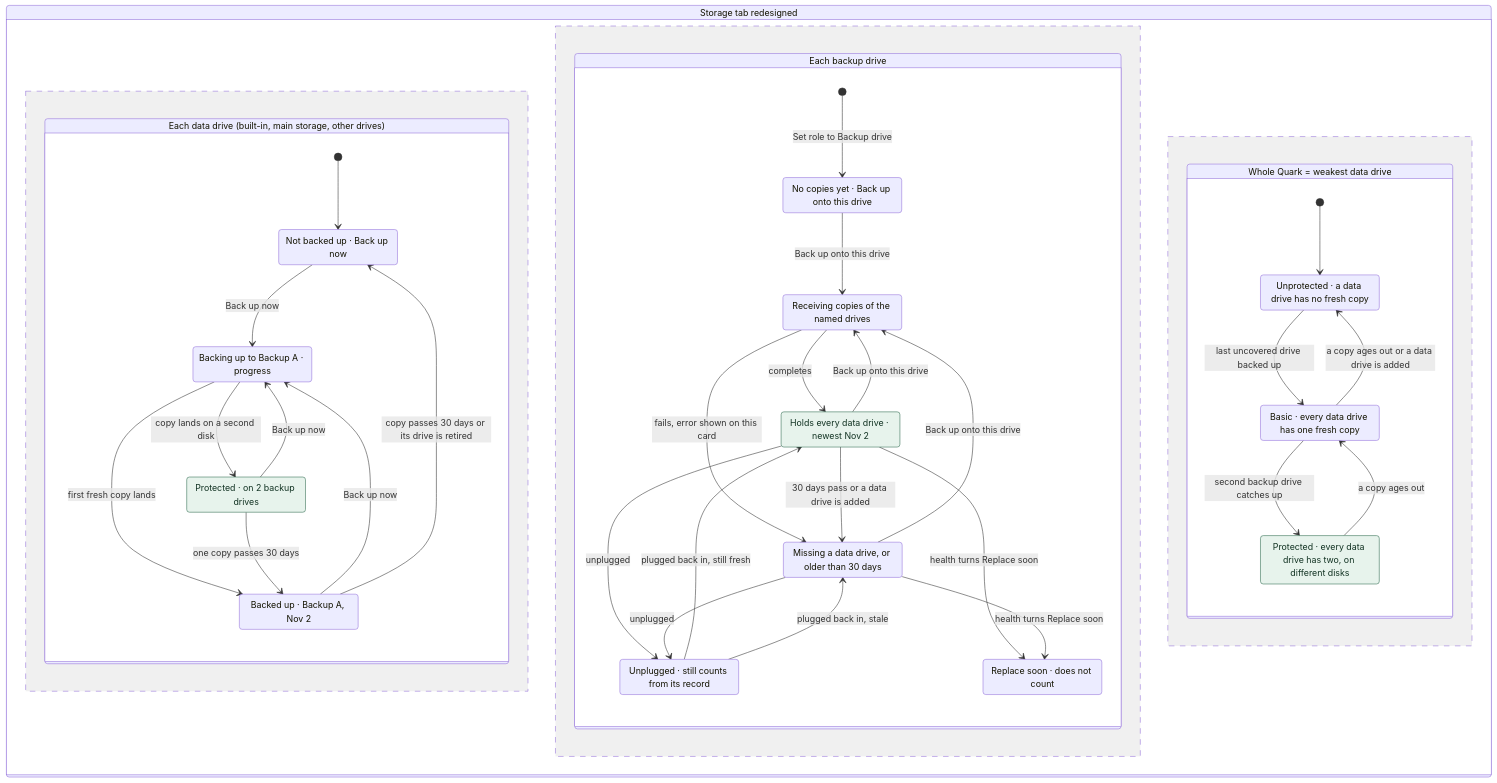
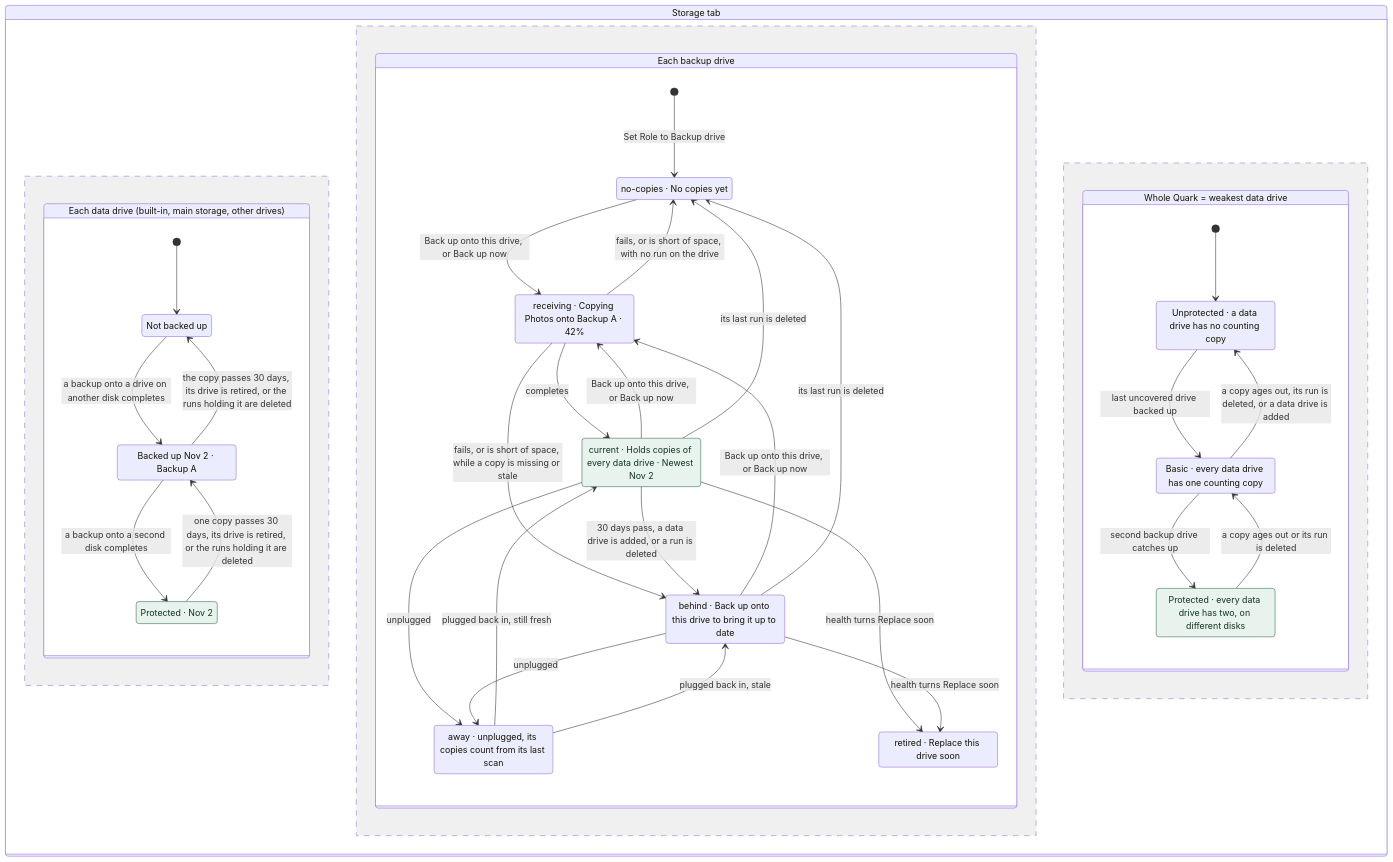
The third of 3 diagrams in docs/architecture/backup.md (autobutler-org/quark), drawn with Mermaid before and after one commit. The commit also changed other lines of this file and 14 other files, not shown here.

````diff
--- a/docs/architecture/backup.md
+++ b/docs/architecture/backup.md
@@ -360,54 +444,53 @@
 ```mermaid
 stateDiagram-v2
-  state "Storage tab redesigned" as Next {
+  state "Storage tab" as Tab {
     state "Each data drive (built-in, main storage, other drives)" as DataDrive {
       [*] --> NotBackedUp
-      NotBackedUp : Not backed up · Back up now
-      OneCopy : Backed up · Backup A, Nov 2
-      TwoCopies : Protected · on 2 backup drives
-      BackingUp : Backing up to Backup A · progress
-      NotBackedUp --> BackingUp : Back up now
-      OneCopy --> BackingUp : Back up now
-      TwoCopies --> BackingUp : Back up now
-      BackingUp --> OneCopy : first fresh copy lands
-      BackingUp --> TwoCopies : copy lands on a second disk
-      OneCopy --> NotBackedUp : copy passes 30 days or its drive is retired
-      TwoCopies --> OneCopy : one copy passes 30 days
+      NotBackedUp : Not backed up
+      OneCopy : Backed up Nov 2 · Backup A
+      TwoCopies : Protected · Nov 2
+      NotBackedUp --> OneCopy : a backup onto a drive on another disk completes
+      OneCopy --> TwoCopies : a backup onto a second disk completes
+      OneCopy --> NotBackedUp : the copy passes 30 days, its drive is retired, or the runs holding it are deleted
+      TwoCopies --> OneCopy : one copy passes 30 days, its drive is retired, or the runs holding it are deleted
     }
     --
     state "Each backup drive" as BackupDrive {
-      [*] --> Empty : Set role to Backup drive
-      Empty : No copies yet · Back up onto this drive
-      Writing : Receiving copies of the named drives
-      Current : Holds every data drive · newest Nov 2
-      Behind : Missing a data drive, or older than 30 days
-      Away : Unplugged · still counts from its record
-      Retired : Replace soon · does not count
-      Empty --> Writing : Back up onto this drive
-      Behind --> Writing : Back up onto this drive
-      Current --> Writing : Back up onto this drive
-      Writing --> Current : completes
-      Writing --> Behind : fails, error shown on this card
-      Current --> Behind : 30 days pass or a data drive is added
+      [*] --> NoCopies : Set Role to Backup drive
+      NoCopies : no-copies · No copies yet
+      Receiving : receiving · Copying Photos onto Backup A · 42%
+      Current : current · Holds copies of every data drive · Newest Nov 2
+      Behind : behind · Back up onto this drive to bring it up to date
+      Away : away · unplugged, its copies count from its last scan
+      Retired : retired · Replace this drive soon
+      NoCopies --> Receiving : Back up onto this drive, or Back up now
+      Behind --> Receiving : Back up onto this drive, or Back up now
+      Current --> Receiving : Back up onto this drive, or Back up now
+      Receiving --> Current : completes
+      Receiving --> NoCopies : fails, or is short of space, with no run on the drive
+      Receiving --> Behind : fails, or is short of space, while a copy is missing or stale
+      Current --> Behind : 30 days pass, a data drive is added, or a run is deleted
+      Current --> NoCopies : its last run is deleted
+      Behind --> NoCopies : its last run is deleted
       Current --> Away : unplugged
       Behind --> Away : unplugged
       Away --> Current : plugged back in, still fresh
       Away --> Behind : plugged back in, stale
       Current --> Retired : health turns Replace soon
       Behind --> Retired : health turns Replace soon
     }
     --
     state "Whole Quark = weakest data drive" as Quark {
       [*] --> QUnprotected
-      QUnprotected : Unprotected · a data drive has no fresh copy
-      QBasic : Basic · every data drive has one fresh copy
+      QUnprotected : Unprotected · a data drive has no counting copy
+      QBasic : Basic · every data drive has one counting copy
       QProt : Protected · every data drive has two, on different disks
       QUnprotected --> QBasic : last uncovered drive backed up
       QBasic --> QProt : second backup drive catches up
-      QProt --> QBasic : a copy ages out
-      QBasic --> QUnprotected : a copy ages out or a data drive is added
+      QProt --> QBasic : a copy ages out or its run is deleted
+      QBasic --> QUnprotected : a copy ages out, its run is deleted, or a data drive is added
     }
   }
   classDef good fill:#e7f3ec,stroke:#2f6b4f,color:#123323
   class TwoCopies, Current, QProt good
 ```
````
